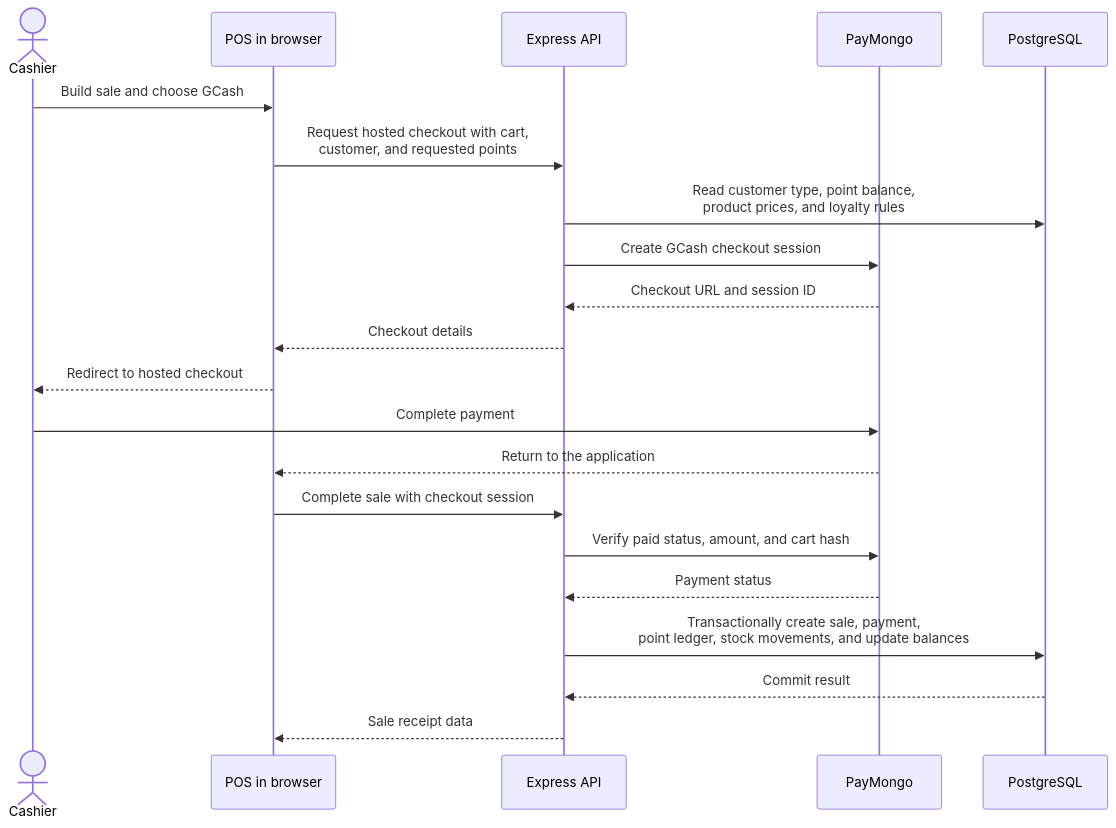
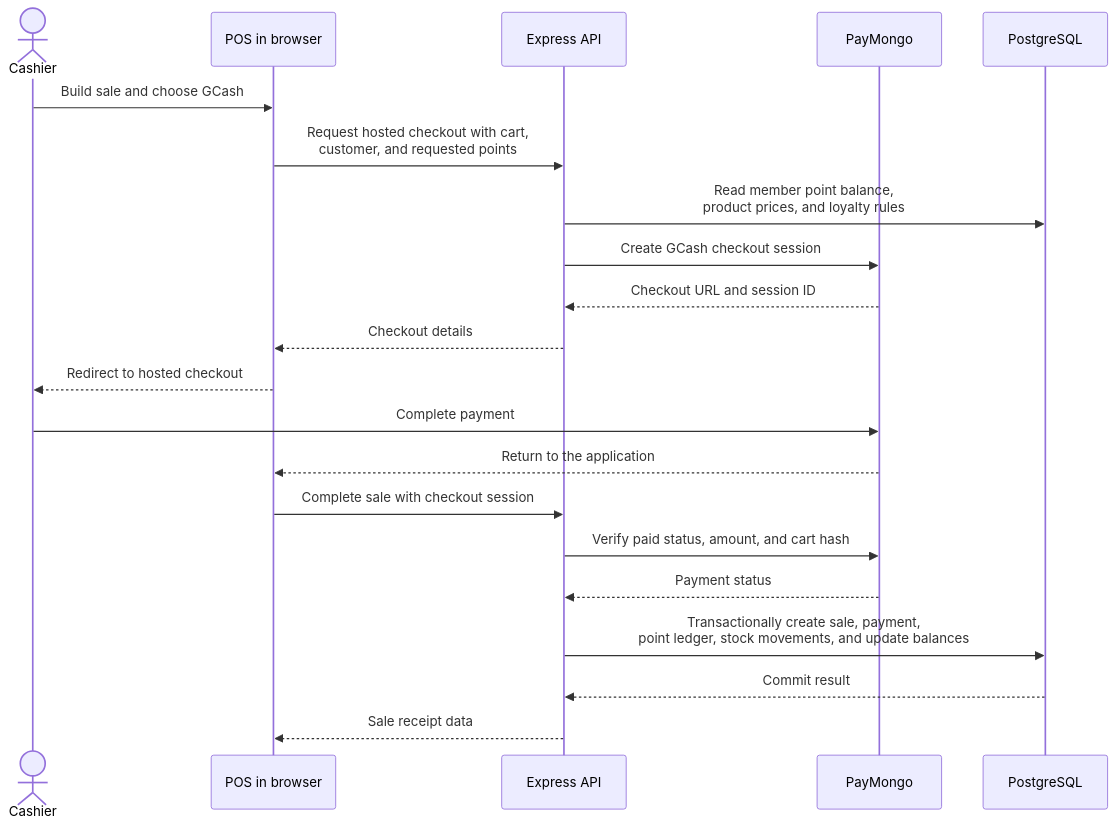
Before and after one commit to ryseianpinceberalde-arch/inventory: the third of 3 diagrams in SYSTEM_ARCHITECTURE.md, drawn with Mermaid. The commit also changed other lines of this file and 10 other files, not shown here.

Commit message:
Make customer accounts member-only

````diff
--- a/SYSTEM_ARCHITECTURE.md
+++ b/SYSTEM_ARCHITECTURE.md
@@ -99,24 +99,24 @@
 ```mermaid
 sequenceDiagram
     actor Cashier
     participant UI as POS in browser
     participant API as Express API
     participant Pay as PayMongo
     participant DB as PostgreSQL
 
     Cashier->>UI: Build sale and choose GCash
     UI->>API: Request hosted checkout with cart,<br/>customer, and requested points
-    API->>DB: Read customer type, point balance,<br/>product prices, and loyalty rules
+    API->>DB: Read member point balance,<br/>product prices, and loyalty rules
     API->>Pay: Create GCash checkout session
     Pay-->>API: Checkout URL and session ID
     API-->>UI: Checkout details
     UI-->>Cashier: Redirect to hosted checkout
     Cashier->>Pay: Complete payment
     Pay-->>UI: Return to the application
     UI->>API: Complete sale with checkout session
     API->>Pay: Verify paid status, amount, and cart hash
     Pay-->>API: Payment status
     API->>DB: Transactionally create sale, payment,<br/>point ledger, stock movements, and update balances
     DB-->>API: Commit result
     API-->>UI: Sale receipt data
 ```
````
